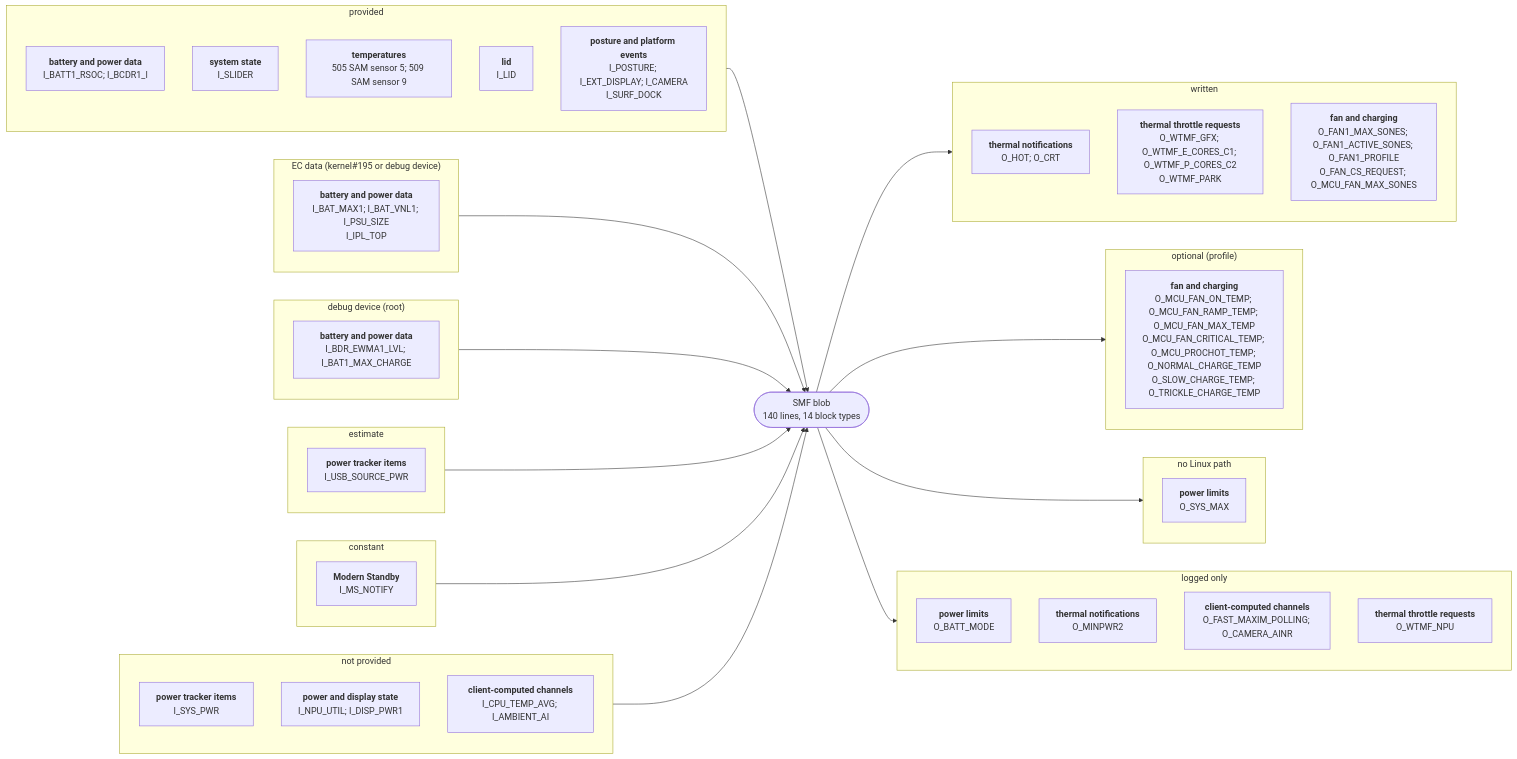
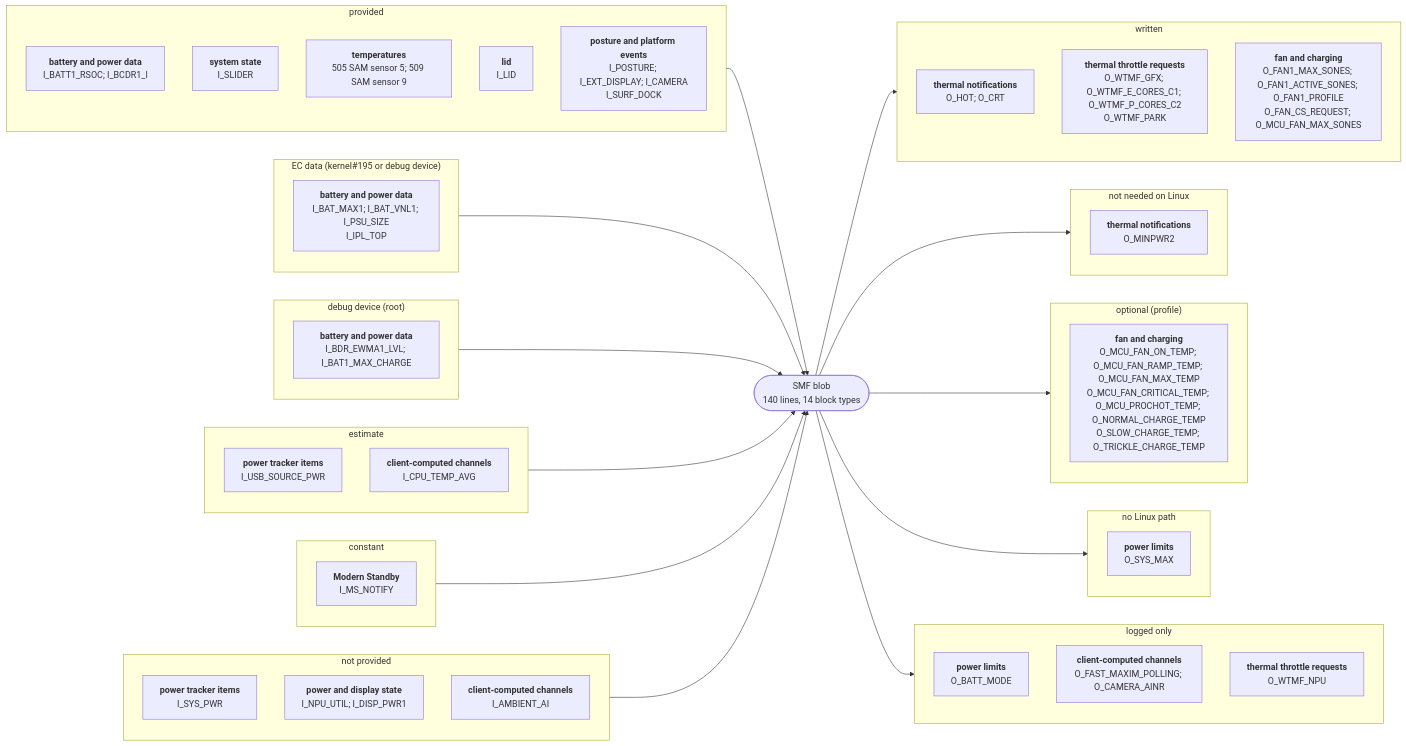
Before and after one commit to larsschellhas/linux-surface-power: the diagram in docs/devices/surface-laptop-13.md, drawn with Mermaid. The commit also changed other lines of this file and 42 other files, not shown here.

First line of the commit message:
Remaining Pro 10 outputs: PL1 time window, sensor offset, two not needed

````diff
--- a/docs/devices/surface-laptop-13.md
+++ b/docs/devices/surface-laptop-13.md
@@ -19,55 +19,59 @@
 ```mermaid
 flowchart LR
     subgraph IN0["provided"]
         I0_28B7BD85["<b>battery and power data</b><br/>I_BATT1_RSOC; I_BCDR1_I"]
         I0_2DD6960F["<b>system state</b><br/>I_SLIDER"]
         I0_2E8B14C2["<b>temperatures</b><br/>505 SAM sensor 5; 509 SAM sensor 9"]
         I0_5D0EE597["<b>lid</b><br/>I_LID"]
         I0_8060B17F["<b>posture and platform events</b><br/>I_POSTURE; I_EXT_DISPLAY; I_CAMERA<br/>I_SURF_DOCK"]
     end
     IN0 --> B
     subgraph IN1["EC data (kernel#195 or debug device)"]
         I1_28B7BD85["<b>battery and power data</b><br/>I_BAT_MAX1; I_BAT_VNL1; I_PSU_SIZE<br/>I_IPL_TOP"]
     end
     IN1 --> B
     subgraph IN2["debug device (root)"]
         I2_28B7BD85["<b>battery and power data</b><br/>I_BDR_EWMA1_LVL; I_BAT1_MAX_CHARGE"]
     end
     IN2 --> B
     subgraph IN3["estimate"]
         I3_049E36F2["<b>power tracker items</b><br/>I_USB_SOURCE_PWR"]
+        I3_87008365["<b>client-computed channels</b><br/>I_CPU_TEMP_AVG"]
     end
     IN3 --> B
     subgraph IN4["constant"]
         I4_DEF1AB69["<b>Modern Standby</b><br/>I_MS_NOTIFY"]
     end
     IN4 --> B
     subgraph IN5["not provided"]
         I5_049E36F2["<b>power tracker items</b><br/>I_SYS_PWR"]
         I5_1FB53D4C["<b>power and display state</b><br/>I_NPU_UTIL; I_DISP_PWR1"]
-        I5_87008365["<b>client-computed channels</b><br/>I_CPU_TEMP_AVG; I_AMBIENT_AI"]
+        I5_87008365["<b>client-computed channels</b><br/>I_AMBIENT_AI"]
     end
     IN5 --> B
     B(["SMF blob<br/>140 lines, 14 block types"])
     subgraph OUT0["written"]
         O0_110DF2A4["<b>thermal notifications</b><br/>O_HOT; O_CRT"]
         O0_9BBB8910["<b>thermal throttle requests</b><br/>O_WTMF_GFX; O_WTMF_E_CORES_C1; O_WTMF_P_CORES_C2<br/>O_WTMF_PARK"]
         O0_B620798F["<b>fan and charging</b><br/>O_FAN1_MAX_SONES; O_FAN1_ACTIVE_SONES; O_FAN1_PROFILE<br/>O_FAN_CS_REQUEST; O_MCU_FAN_MAX_SONES"]
     end
     B --> OUT0
-    subgraph OUT1["optional (profile)"]
-        O1_B620798F["<b>fan and charging</b><br/>O_MCU_FAN_ON_TEMP; O_MCU_FAN_RAMP_TEMP; O_MCU_FAN_MAX_TEMP<br/>O_MCU_FAN_CRITICAL_TEMP; O_MCU_PROCHOT_TEMP; O_NORMAL_CHARGE_TEMP<br/>O_SLOW_CHARGE_TEMP; O_TRICKLE_CHARGE_TEMP"]
+    subgraph OUT1["not needed on Linux"]
+        O1_110DF2A4["<b>thermal notifications</b><br/>O_MINPWR2"]
     end
     B --> OUT1
-    subgraph OUT2["no Linux path"]
-        O2_0B7B5350["<b>power limits</b><br/>O_SYS_MAX"]
+    subgraph OUT2["optional (profile)"]
+        O2_B620798F["<b>fan and charging</b><br/>O_MCU_FAN_ON_TEMP; O_MCU_FAN_RAMP_TEMP; O_MCU_FAN_MAX_TEMP<br/>O_MCU_FAN_CRITICAL_TEMP; O_MCU_PROCHOT_TEMP; O_NORMAL_CHARGE_TEMP<br/>O_SLOW_CHARGE_TEMP; O_TRICKLE_CHARGE_TEMP"]
     end
     B --> OUT2
-    subgraph OUT3["logged only"]
-        O3_0B7B5350["<b>power limits</b><br/>O_BATT_MODE"]
-        O3_110DF2A4["<b>thermal notifications</b><br/>O_MINPWR2"]
-        O3_87008365["<b>client-computed channels</b><br/>O_FAST_MAXIM_POLLING; O_CAMERA_AINR"]
-        O3_9BBB8910["<b>thermal throttle requests</b><br/>O_WTMF_NPU"]
+    subgraph OUT3["no Linux path"]
+        O3_0B7B5350["<b>power limits</b><br/>O_SYS_MAX"]
     end
     B --> OUT3
+    subgraph OUT4["logged only"]
+        O4_0B7B5350["<b>power limits</b><br/>O_BATT_MODE"]
+        O4_87008365["<b>client-computed channels</b><br/>O_FAST_MAXIM_POLLING; O_CAMERA_AINR"]
+        O4_9BBB8910["<b>thermal throttle requests</b><br/>O_WTMF_NPU"]
+    end
+    B --> OUT4
 ```
````
